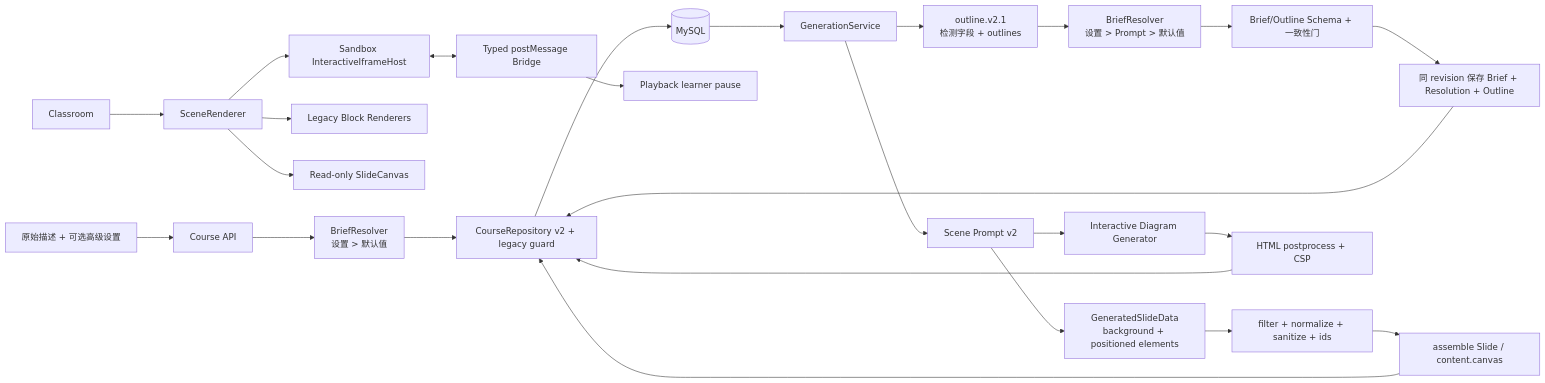
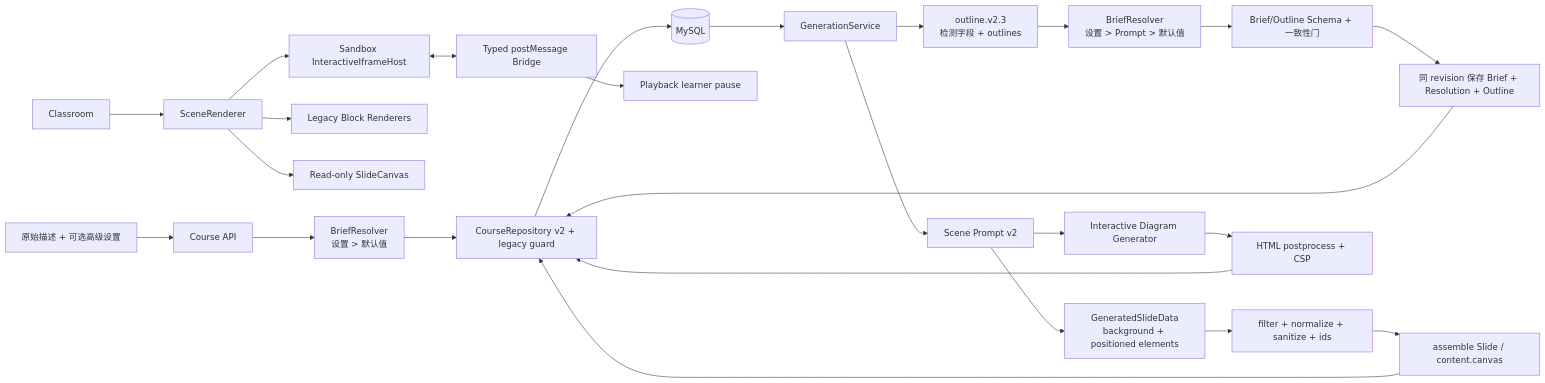
The second of 4 diagrams in docs/03-architecture.md (shuige666666/ai-teaching-assistance-platform), drawn with Mermaid before and after one commit. The commit also changed other lines of this file and 51 other files, not shown here.

````diff
--- a/docs/03-architecture.md
+++ b/docs/03-architecture.md
@@ -251,30 +249,30 @@
 ```mermaid
 flowchart LR
     Input["原始描述 + 可选高级设置"] --> CourseAPI["Course API"]
     CourseAPI --> Provisional["BriefResolver<br/>设置 > 默认值"]
     Provisional --> Repo["CourseRepository v2 + legacy guard"]
     Repo --> DB[(MySQL)]
 
     DB --> Generation["GenerationService"]
-    Generation --> OutlineV2["outline.v2.1<br/>检测字段 + outlines"]
+    Generation --> OutlineV2["outline.v2.3<br/>检测字段 + outlines"]
     OutlineV2 --> Resolve["BriefResolver<br/>设置 > Prompt > 默认值"]
     Resolve --> OutlineGate["Brief/Outline Schema + 一致性门"]
     OutlineGate --> AtomicSave["同 revision 保存 Brief + Resolution + Outline"]
     AtomicSave --> Repo
 
     Generation --> PromptV2["Scene Prompt v2"]
     PromptV2 --> SlideData["GeneratedSlideData<br/>background + positioned elements"]
     SlideData --> Normalize["filter + normalize + sanitize + ids"]
     Normalize --> AssembleSlide["assemble Slide / content.canvas"]
     AssembleSlide --> Repo
     PromptV2 --> InteractiveGen["Interactive Diagram Generator"]
     InteractiveGen --> HtmlGate["HTML postprocess + CSP"]
     HtmlGate --> Repo
 
     Classroom["Classroom"] --> SceneRenderer["SceneRenderer"]
     SceneRenderer --> LegacyBlocks["Legacy Block Renderers"]
     SceneRenderer --> SlideCanvas["Read-only SlideCanvas"]
     SceneRenderer --> IframeHost["Sandbox InteractiveIframeHost"]
     IframeHost <--> Bridge["Typed postMessage Bridge"]
     Bridge --> Player["Playback learner pause"]
 ```
````
